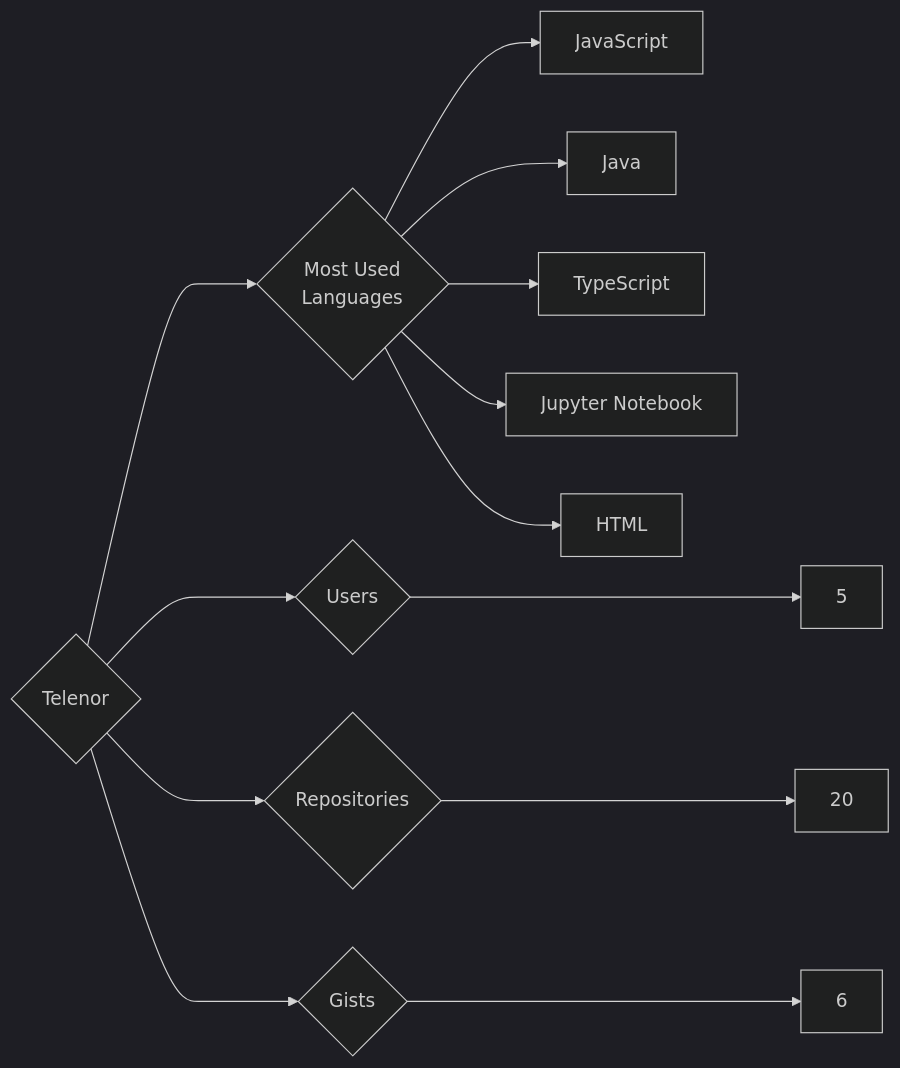
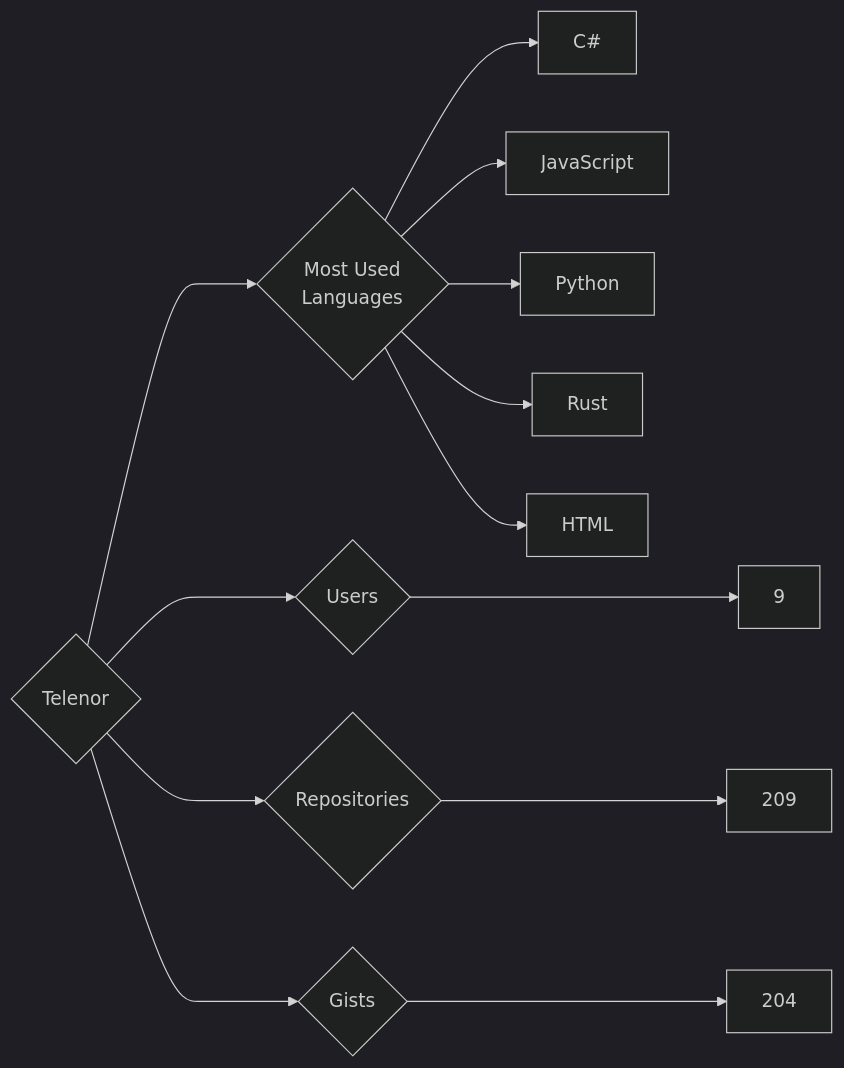
One commit to trickest/insiders changed the diagram in targets/Telenor/README.md. Above: the diagram before and after it, drawn with Mermaid (dark theme). The commit also changed 611 other files, not shown here.

````diff
--- a/targets/Telenor/README.md
+++ b/targets/Telenor/README.md
@@ -3,13 +3,13 @@
 ```mermaid
 graph LR
 COMPANY_NAME{Telenor}
-COMPANY_NAME ---> U{Users} ---> UN[5]
-COMPANY_NAME ---> R{Repositories} ---> RN[20]
-COMPANY_NAME ---> G{Gists} ---> GN[6]
+COMPANY_NAME ---> U{Users} ---> UN[9]
+COMPANY_NAME ---> R{Repositories} ---> RN[209]
+COMPANY_NAME ---> G{Gists} ---> GN[204]
 COMPANY_NAME ---> ML{Most Used<br>Languages}
+ML --> C#[C#]
 ML --> JavaScript[JavaScript]
-ML --> Java[Java]
-ML --> TypeScript[TypeScript]
-ML --> Jupyter_Notebook[Jupyter Notebook]
+ML --> Python[Python]
+ML --> Rust[Rust]
 ML --> HTML[HTML]
 ```
````
